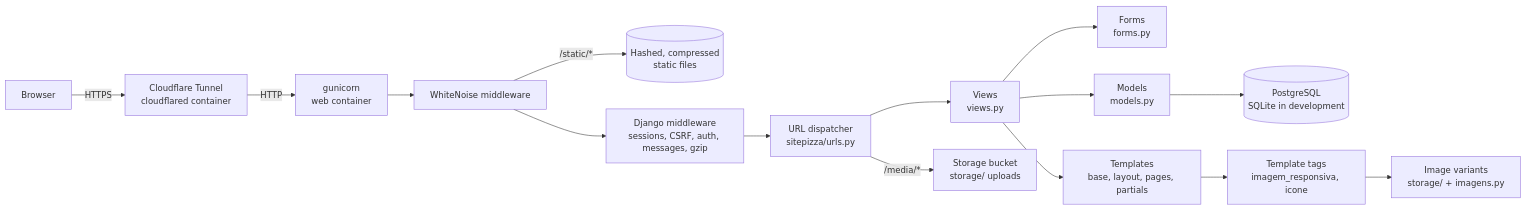
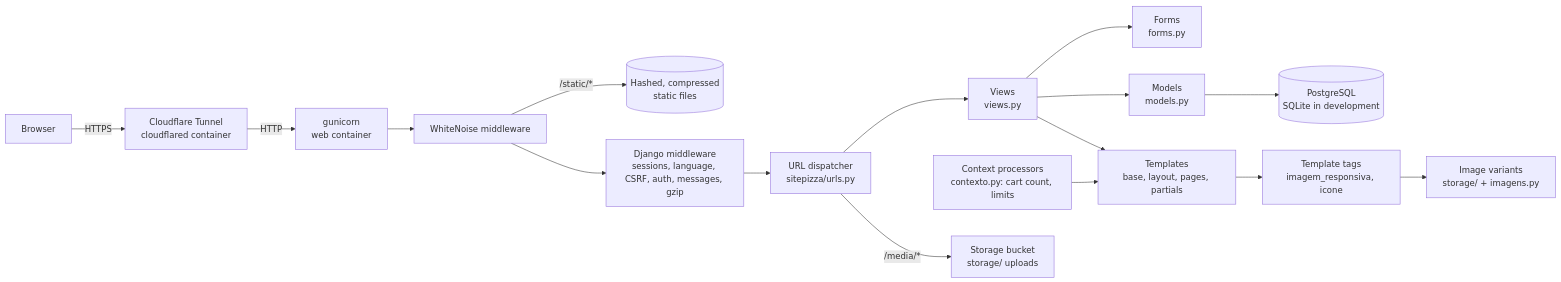
One commit to RuiSlayer/pizzariaMarques changed the first of 5 diagrams in README.md. Above: the diagram before and after it, drawn with Mermaid. The commit also changed other lines of this file and 109 other files, not shown here.

````diff
--- a/README.md
+++ b/README.md
@@ -300,17 +320,18 @@
 ```mermaid
 flowchart LR
     B[Browser] -->|HTTPS| CF[Cloudflare Tunnel<br/>cloudflared container]
     CF -->|HTTP| G[gunicorn<br/>web container]
     G --> W[WhiteNoise middleware]
     W -->|"/static/*"| S[(Hashed, compressed<br/>static files)]
-    W --> D[Django middleware<br/>sessions, CSRF, auth, messages, gzip]
+    W --> D[Django middleware<br/>sessions, language, CSRF, auth, messages, gzip]
     D --> U[URL dispatcher<br/>sitepizza/urls.py]
     U --> V[Views<br/>views.py]
     V --> F[Forms<br/>forms.py]
     V --> M[Models<br/>models.py]
     M --> DB[(PostgreSQL<br/>SQLite in development)]
     V --> T[Templates<br/>base, layout, pages, partials]
+    CP[Context processors<br/>contexto.py: cart count, limits] --> T
     T --> TT[Template tags<br/>imagem_responsiva, icone]
     TT --> I[Image variants<br/>storage/ + imagens.py]
     U -->|"/media/*"| MS[Storage bucket<br/>storage/ uploads]
 ```
````
